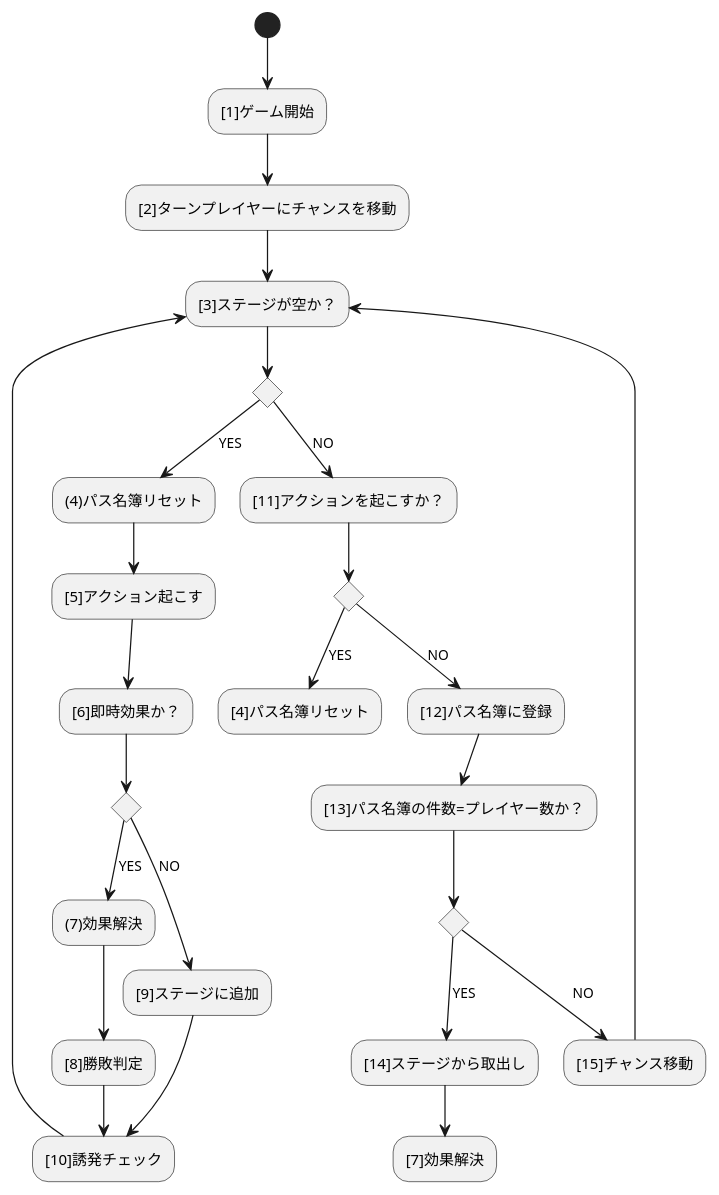
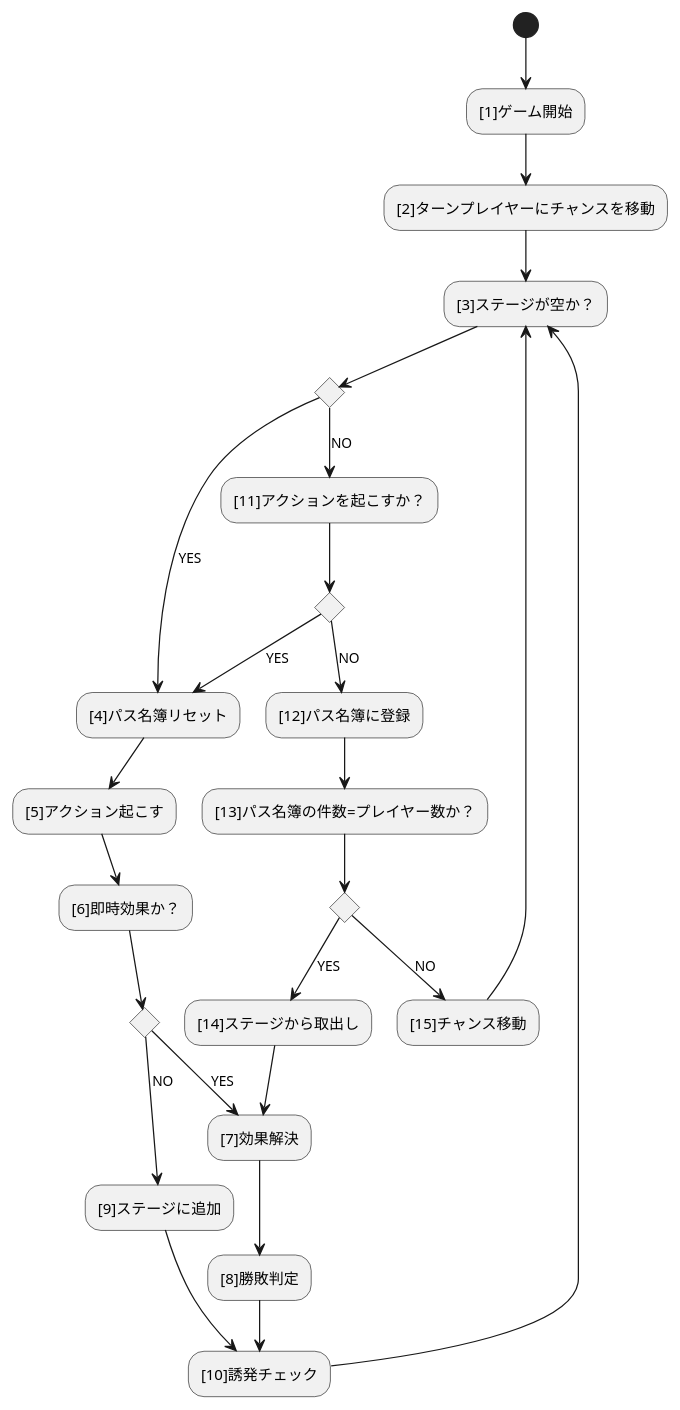
The diagram in source/core/coreflow.puml (BlackPoker/BlackPoker), drawn with PlantUML before and after one commit.

Commit message:
#25 対応

```diff
--- a/source/core/coreflow.puml
+++ b/source/core/coreflow.puml
@@ -1,35 +1,35 @@
 @startuml
 (*) --> "[1]ゲーム開始"
 --> "[2]ターンプレイヤーにチャンスを移動"
 -->"[3]ステージが空か？"
 
 if "" then
-    -->[YES] "(4)パス名簿リセット"
+    -->[YES] "[4]パス名簿リセット"
     --> "[5]アクション起こす"
     --> "[6]即時効果か？"
     if "" then
-        -->[YES] "(7)効果解決"
+        -->[YES] "[7]効果解決"
         --> "[8]勝敗判定"
         --> "[10]誘発チェック"
     else
         -->[NO] "[9]ステージに追加"
         --> "[10]誘発チェック"
     endif
     --> "[3]ステージが空か？"
 else
     -->[NO] "[11]アクションを起こすか？"
     if "" then
         -->[YES] "[4]パス名簿リセット"
     else
         --> [NO] "[12]パス名簿に登録"
         --> "[13]パス名簿の件数=プレイヤー数か？"
         if "" then
             -->[YES] ”[14]ステージから取出し”
             --> "[7]効果解決"
         else
             --> [NO] "[15]チャンス移動"
             --> "[3]ステージが空か？"
         endif
     endif
 endif
 @enduml
```
